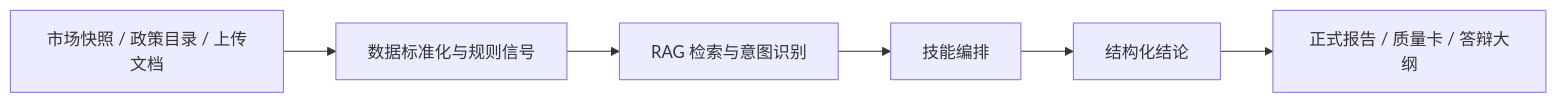
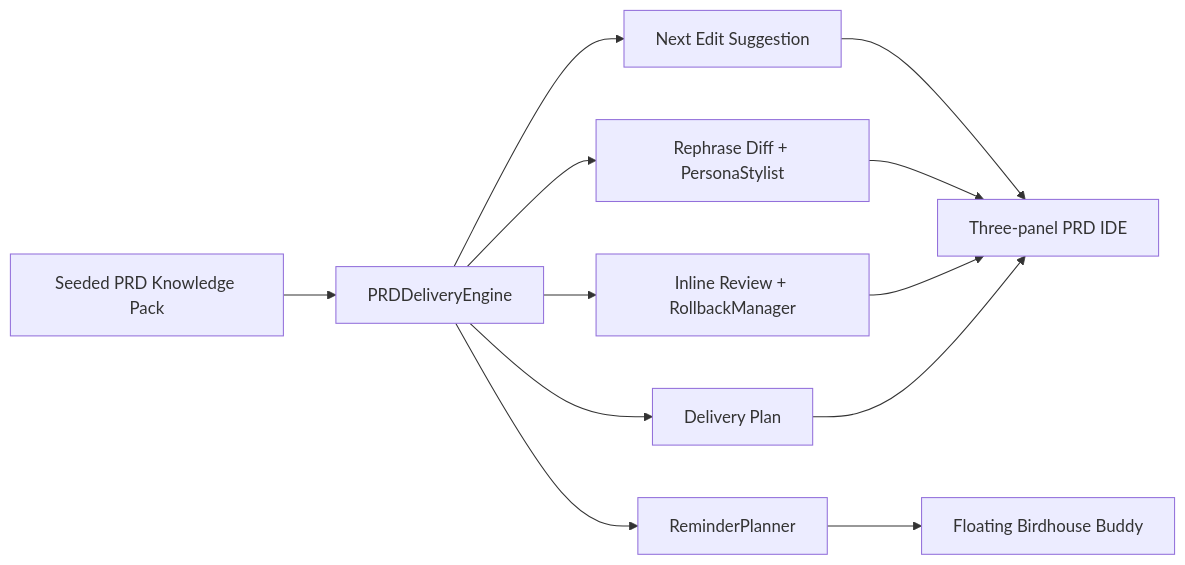
The diagram in README.md (ShenXiexs/ETF-Monitoring-Agent), drawn with Mermaid before and after one commit. The commit also changed other lines of this file and 35 other files, not shown here.

````diff
--- a/README.md
+++ b/README.md
@@ -77,8 +52,14 @@
 ```mermaid
 flowchart LR
-    A[市场快照 / 政策目录 / 上传文档] --> B[数据标准化与规则信号]
-    B --> C[RAG 检索与意图识别]
-    C --> D[技能编排]
-    D --> E[结构化结论]
-    E --> F[正式报告 / 质量卡 / 答辩大纲]
+    A[Seeded PRD Knowledge Pack] --> B[PRDDeliveryEngine]
+    B --> C[Next Edit Suggestion]
+    B --> D[Rephrase Diff + PersonaStylist]
+    B --> E[Inline Review + RollbackManager]
+    B --> F[ReminderPlanner]
+    B --> G[Delivery Plan]
+    C --> H[Three-panel PRD IDE]
+    D --> H
+    E --> H
+    F --> I[Floating Birdhouse Buddy]
+    G --> H
 ```
````
